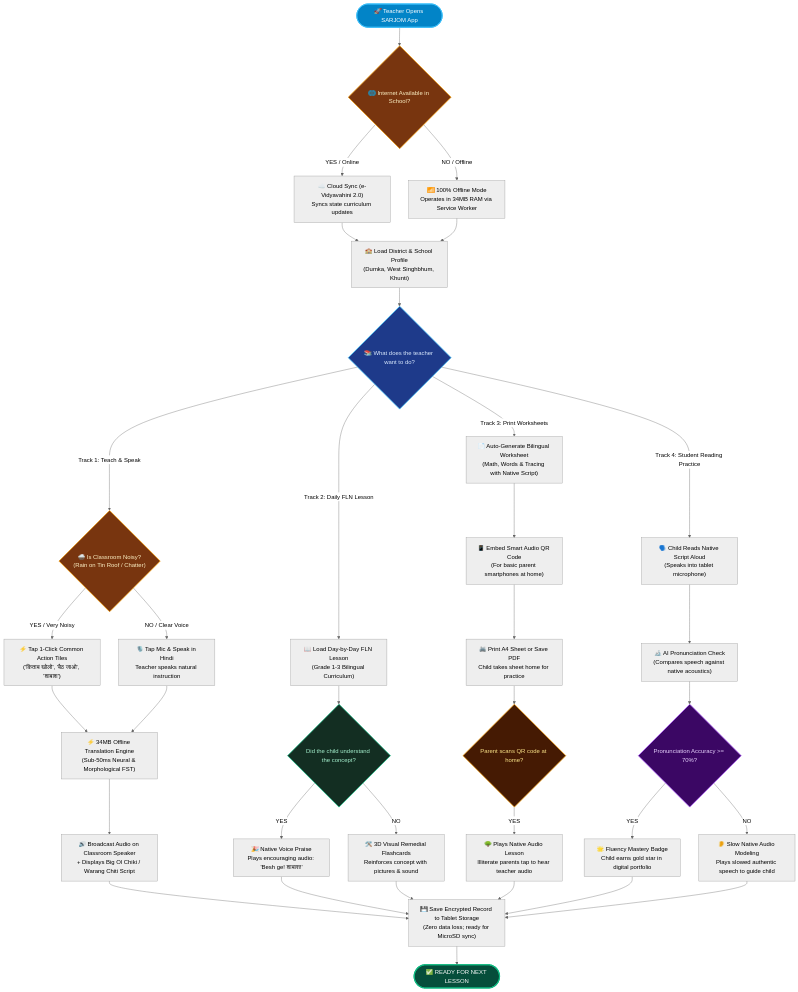
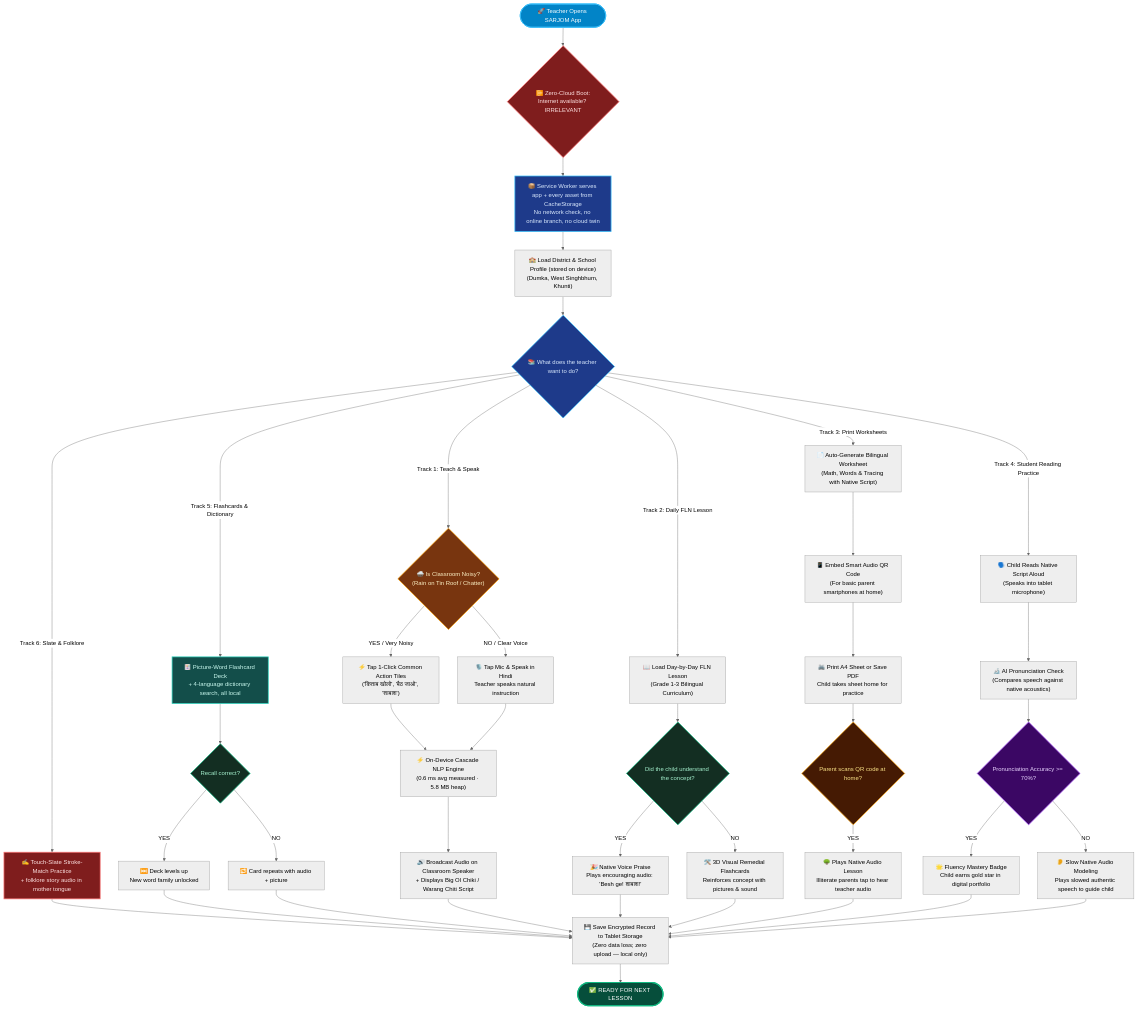
One commit to tejuas98/sarjom-app changed the second of 2 diagrams in PROTOTYPE_README.md. Above: the diagram before and after it, drawn with Mermaid (neutral theme). The commit also changed other lines of this file and 20 other files, not shown here.

Commit message:
Zero-cloud flowchart regenerated (SVG+PNG, no internet branch, honest 5.8 MB RAM budget strip); mermaid + prose de-clouded in SYSTEM_ARCHITECTURE/TECHNICAL_APPROACH/PROTOTYPE_README; 34 MB & 0.022 ms myths purged repo-wide

````diff
--- a/PROTOTYPE_README.md
+++ b/PROTOTYPE_README.md
@@ -413,61 +413,76 @@
 ```mermaid
 flowchart TD
-    Start(["🚀 Teacher Opens SARJOM App"]) --> CheckNet{"🌐 Internet Available in School?"}
+    Start(["🚀 Teacher Opens SARJOM App"]) --> Boot{"📴 Zero-Cloud Boot:\nInternet available? IRRELEVANT"}
+    Boot --> BootSW
     
     %% Level 1: Connectivity
-    CheckNet -->|YES / Online| CloudSync["☁️ Cloud Sync (e-Vidyavahini 2.0)\nSyncs state curriculum updates"]
-    CheckNet -->|NO / Offline| OfflineEdge["📶 100% Offline Mode\nOperates in 34MB RAM via Service Worker"]
-    
-    CloudSync --> LoadProfile["🏫 Load District & School Profile\n(Dumka, West Singhbhum, Khunti)"]
-    OfflineEdge --> LoadProfile
+    BootSW["📦 Service Worker serves app + every asset from CacheStorage\nNo network check, no online branch, no cloud twin"]
+    BootSW --> LoadProfile["🏫 Load District & School Profile (stored on device)\n(Dumka, West Singhbhum, Khunti)"]
     
     %% Level 2: Mode Selection
     LoadProfile --> ModeSelect{"📚 What does the teacher want to do?"}
     
     %% Branch 1: Real-Time Dialogue
     ModeSelect -->|Track 1: Teach & Speak| CheckNoise{"🌧️ Is Classroom Noisy?\n(Rain on Tin Roof / Chatter)"}
     CheckNoise -->|YES / Very Noisy| TapChips["⚡ Tap 1-Click Common Action Tiles\n('किताब खोलो', 'बैठ जाओ', 'शाबाश')"]
     CheckNoise -->|NO / Clear Voice| MicSpeak["🎙️ Tap Mic & Speak in Hindi\nTeacher speaks natural instruction"]
-    TapChips --> OfflineNLP["⚡ 34MB Offline Translation Engine\n(Sub-50ms Neural & Morphological FST)"]
+    TapChips --> OfflineNLP["⚡ On-Device Cascade NLP Engine\n(0.6 ms avg measured · 5.8 MB heap)"]
     MicSpeak --> OfflineNLP
     OfflineNLP --> BroadcastAudio["🔊 Broadcast Audio on Classroom Speaker\n+ Displays Big Ol Chiki / Warang Chiti Script"]
     
     %% Branch 2: NIPUN FLN
     ModeSelect -->|Track 2: Daily FLN Lesson| FLNPlan["📖 Load Day-by-Day FLN Lesson\n(Grade 1-3 Bilingual Curriculum)"]
     FLNPlan --> CheckFLN{"Did the child understand the concept?"}
     CheckFLN -->|YES| Praise["🎉 Native Voice Praise\nPlays encouraging audio: 'Besh ge! शाबाश!'"]
     CheckFLN -->|NO| Remedial["🛠️ 3D Visual Remedial Flashcards\nReinforces concept with pictures & sound"]
     
     %% Branch 3: Worksheets & QR
     ModeSelect -->|Track 3: Print Worksheets| GenSheet["📄 Auto-Generate Bilingual Worksheet\n(Math, Words & Tracing with Native Script)"]
     GenSheet --> QRGen["📱 Embed Smart Audio QR Code\n(For basic parent smartphones at home)"]
     QRGen --> PrintDoc["🖨️ Print A4 Sheet or Save PDF\nChild takes sheet home for practice"]
     PrintDoc --> CheckScan{"Parent scans QR code at home?"}
     CheckScan -->|YES| AudioComp["🌳 Plays Native Audio Lesson\nIlliterate parents tap to hear teacher audio"]
     
     %% Branch 4: ORF Reading Fluency
     ModeSelect -->|Track 4: Student Reading Practice| StudentRead["🗣️ Child Reads Native Script Aloud\n(Speaks into tablet microphone)"]
     StudentRead --> Formant["🔬 AI Pronunciation Check\n(Compares speech against native acoustics)"]
     Formant --> CheckORF{"Pronunciation Accuracy >= 70%?"}
     CheckORF -->|YES| FluencyPass["🌟 Fluency Mastery Badge\nChild earns gold star in digital portfolio"]
     CheckORF -->|NO| PhoneGuide["👂 Slow Native Audio Modeling\nPlays slowed authentic speech to guide child"]
     
+
+    %% Branch 5: Flashcards & Dictionary
+    ModeSelect -->|Track 5: Flashcards & Dictionary| Flash["🃏 Picture-Word Flashcard Deck\n+ 4-language dictionary search, all local"]
+    Flash --> CheckRecall{"Recall correct?"}
+    CheckRecall -->|YES| DeckUp["⏭️ Deck levels up\nNew word family unlocked"]
+    CheckRecall -->|NO| CardRepeat["🔁 Card repeats with audio + picture"]
+
+    %% Branch 6: Slate, Folklore & Teacher Tools
+    ModeSelect -->|Track 6: Slate & Folklore| Slate["✍️ Touch-Slate Stroke-Match Practice\n+ folklore story audio in mother tongue"]
+    Slate --> DBCommit
+    DeckUp --> DBCommit
+    CardRepeat --> DBCommit
+    
     %% Convergence to Persistence
-    BroadcastAudio --> DBCommit["💾 Save Encrypted Record to Tablet Storage\n(Zero data loss; ready for MicroSD sync)"]
+    BroadcastAudio --> DBCommit["💾 Save Encrypted Record to Tablet Storage\n(Zero data loss; zero upload — local only)"]
     Praise --> DBCommit
     Remedial --> DBCommit
     AudioComp --> DBCommit
     FluencyPass --> DBCommit
     PhoneGuide --> DBCommit
     
     DBCommit --> Done(["✅ READY FOR NEXT LESSON"])
 
     style Start fill:#0284C7,stroke:#38BDF8,stroke-width:2px,color:#FFFFFF
-    style CheckNet fill:#78350F,stroke:#F59E0B,stroke-width:2px,color:#FEF3C7
+    style Boot fill:#7F1D1D,stroke:#F87171,stroke-width:2px,color:#FEE2E2
+    style BootSW fill:#1E3A8A,stroke:#38BDF8,stroke-width:2px,color:#DBEAFE
+    style CheckRecall fill:#132E22,stroke:#10B981,stroke-width:2px,color:#A7F3D0
+    style Flash fill:#134E4A,stroke:#2DD4BF,stroke-width:2px,color:#CCFBF1
+    style Slate fill:#7F1D1D,stroke:#F87171,stroke-width:2px,color:#FEE2E2
     style ModeSelect fill:#1E3A8A,stroke:#38BDF8,stroke-width:2px,color:#DBEAFE
     style CheckNoise fill:#78350F,stroke:#F59E0B,stroke-width:2px,color:#FEF3C7
     style CheckFLN fill:#132E22,stroke:#10B981,stroke-width:2px,color:#A7F3D0
     style CheckScan fill:#451A03,stroke:#F59E0B,stroke-width:2px,color:#FDE68A
     style CheckORF fill:#3B0764,stroke:#A855F7,stroke-width:2px,color:#E9D5FF
     style Done fill:#064E3B,stroke:#10B981,stroke-width:3px,color:#FFFFFF
 ```
````
